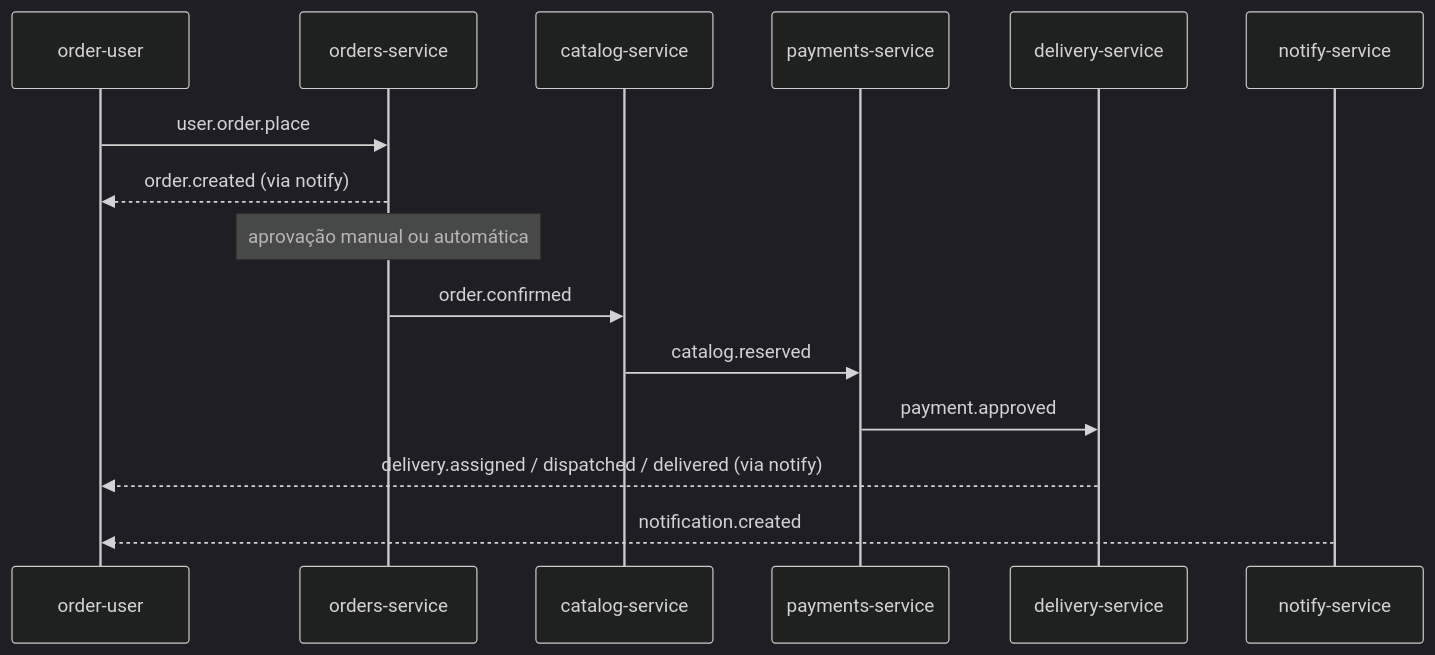
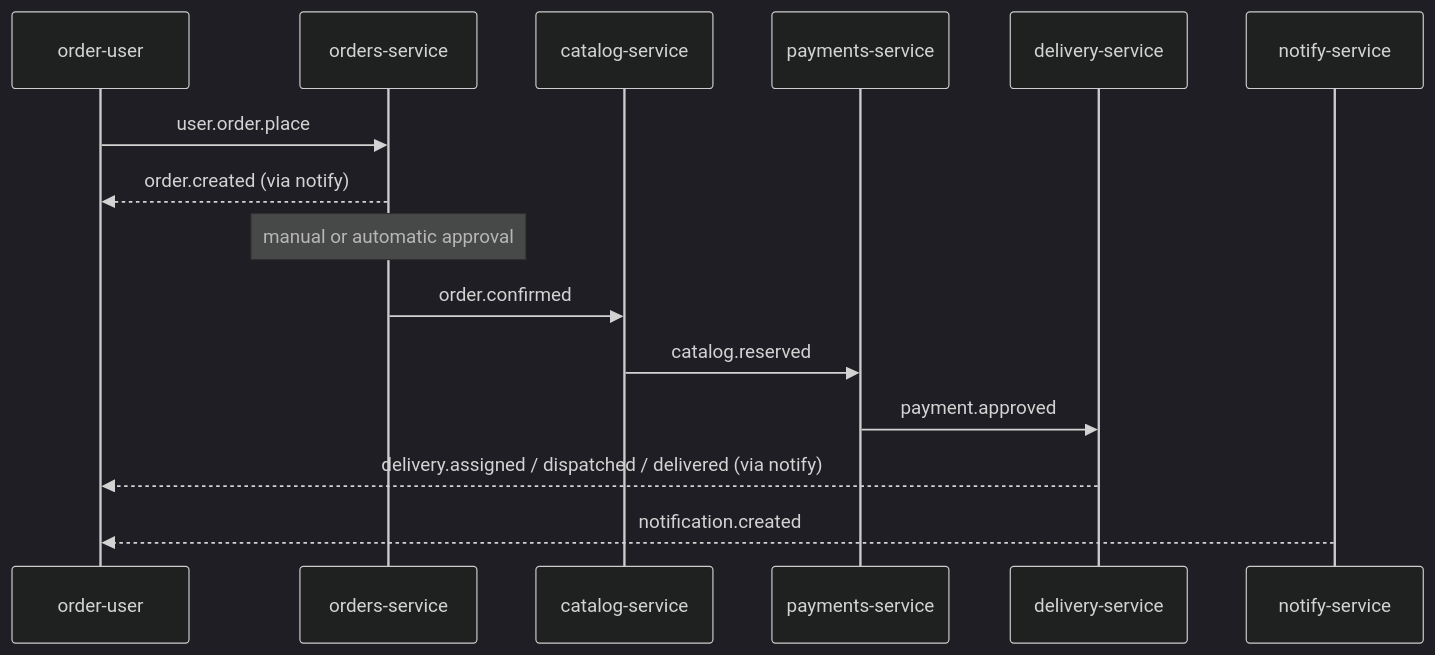
Before and after one commit to fabiossena/microservice-architecture: the second of 2 diagrams in README.md, drawn with Mermaid (dark theme). The commit also changed other lines of this file and 75 other files, not shown here.

````diff
--- a/README.md
+++ b/README.md
@@ -107,18 +108,18 @@
 ```mermaid
 sequenceDiagram
     participant U as order-user
     participant O as orders-service
     participant C as catalog-service
     participant P as payments-service
     participant D as delivery-service
     participant N as notify-service
 
     U->>O: user.order.place
     O-->>U: order.created (via notify)
-    Note over O: aprovação manual ou automática
+    Note over O: manual or automatic approval
     O->>C: order.confirmed
     C->>P: catalog.reserved
     P->>D: payment.approved
     D-->>U: delivery.assigned / dispatched / delivered (via notify)
     N-->>U: notification.created
 ```
````
